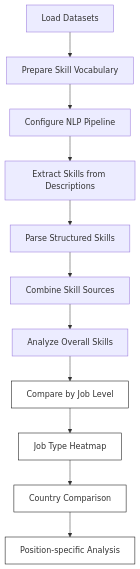
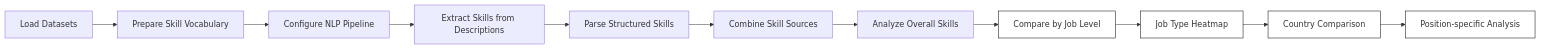
The first of 2 diagrams in README.md (Emptine77/Projects), drawn with Mermaid before and after one commit.

````diff
--- a/README.md
+++ b/README.md
@@ -43,23 +43,23 @@
 ```mermaid
-graph TD
+graph LR
     A[Load Datasets] --> B[Prepare Skill Vocabulary]
     B --> C[Configure NLP Pipeline]
     C --> D[Extract Skills from Descriptions]
     D --> E[Parse Structured Skills]
     E --> F[Combine Skill Sources]
     F --> G[Analyze Overall Skills]
     
     %% Переход вниз
     G --> H[Compare by Job Level]
     
     %% Имитируем второй ряд справа налево
     H --> I[Job Type Heatmap]
     I --> J[Country Comparison]
     J --> K[Position-specific Analysis]
 
     %% Скрытые узлы и стили (для выравнивания)
     style H fill:#fff,stroke:#000,stroke-width:1px
     style I fill:#fff,stroke:#000,stroke-width:1px
     style J fill:#fff,stroke:#000,stroke-width:1px
     style K fill:#fff,stroke:#000,stroke-width:1px
 ```
````
